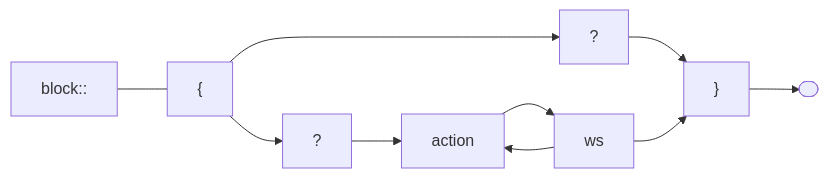
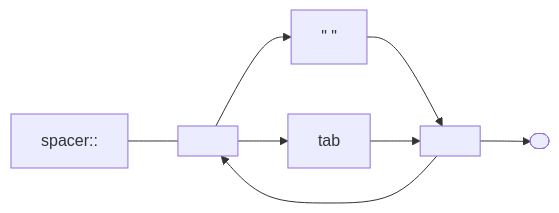
Before and after one commit to andrewfstratton/quandoscript: the seventh of 20 diagrams in README.md, drawn with Mermaid. The commit also changed other lines of this file, not shown here.

Commit message:
remove whitespacing, replace blocks with end sequence

````diff
--- a/README.md
+++ b/README.md
@@ -14,7 +48,7 @@
 ```mermaid
 graph LR
     stop([ ])
-    l-->?-->r
-    block::---l["{"]-->lq[?]-->action-->ws-->r["}"]--> stop
-    ws-->action
+    spacer::---l[ ]-->s["#quot; #quot;"]-->r[ ]-->stop
+    l-->tab-->r
+    r-->l
 ```
````
